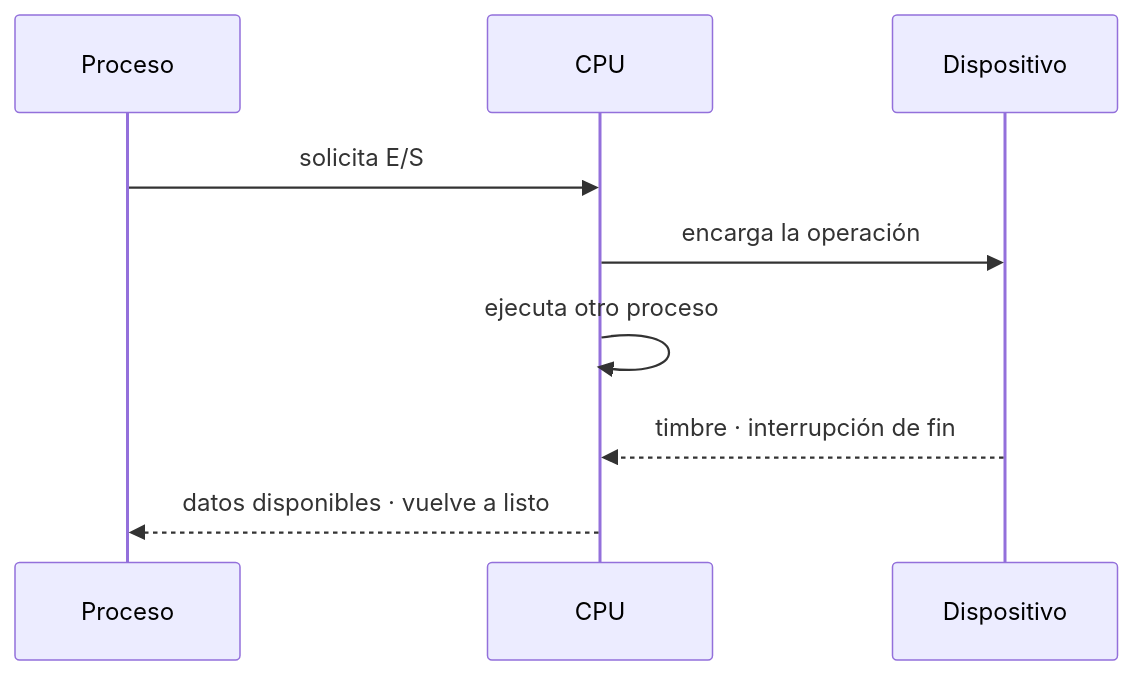
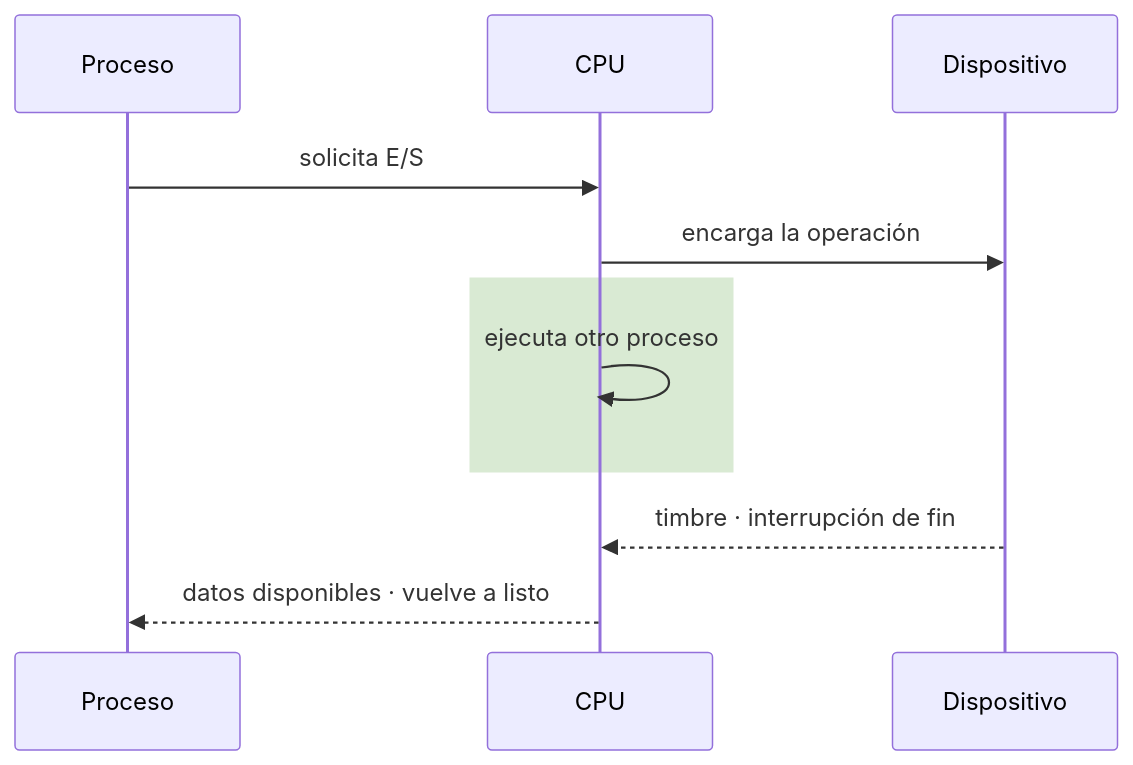
The fifth of 5 diagrams in TEORIA/11-dispositivos-de-es/README.md (asiermarzo/ssoo), drawn with Mermaid before and after one commit. The commit also changed other lines of this file and 25 other files, not shown here.

Commit message:
refinado de diagramas mermaid y svg

````diff
--- a/TEORIA/11-dispositivos-de-es/README.md
+++ b/TEORIA/11-dispositivos-de-es/README.md
@@ -335,11 +407,13 @@
 ```mermaid
 sequenceDiagram
     participant P as Proceso
     participant CPU as CPU
     participant D as Dispositivo
     P->>CPU: solicita E/S
     CPU->>D: encarga la operación
-    CPU->>CPU: ejecuta otro proceso
+    rect rgb(217, 234, 211)
+        CPU->>CPU: ejecuta otro proceso
+    end
     D-->>CPU: timbre · interrupción de fin
     CPU-->>P: datos disponibles · vuelve a listo
 ```
````
